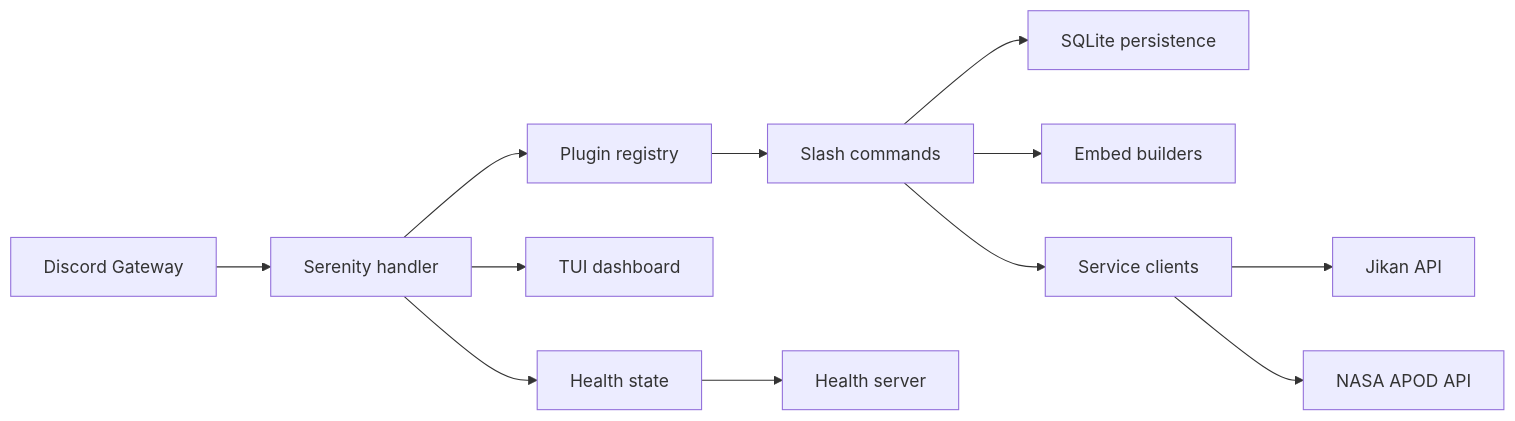
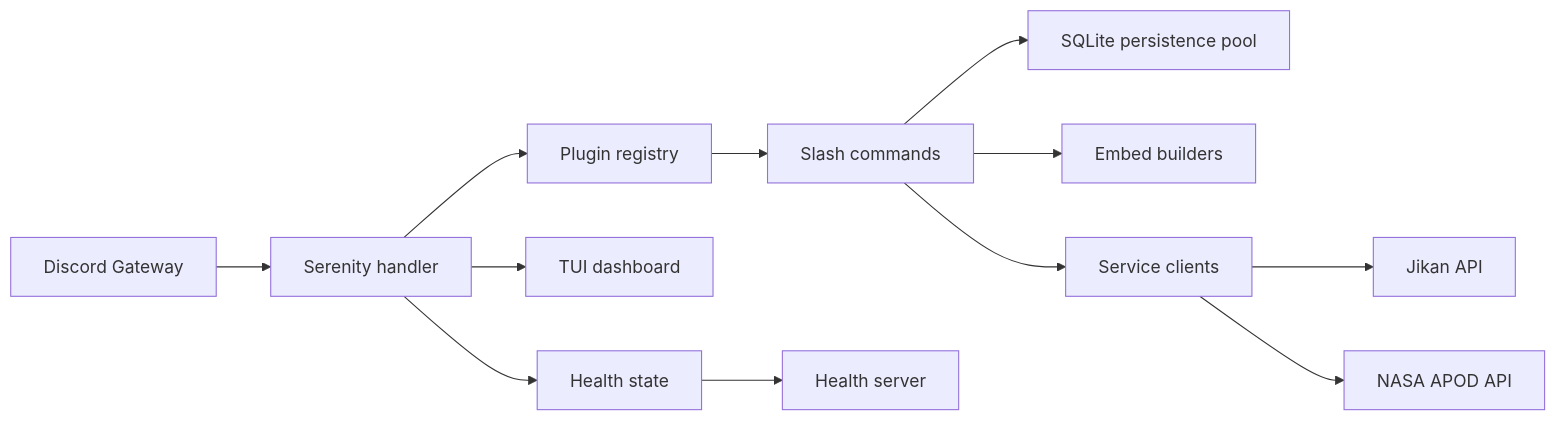
One commit to nathan2slime/seris changed the diagram in docs/architecture.md. Above: the diagram before and after it, drawn with Mermaid. The commit also changed other lines of this file and 7 other files, not shown here.

Commit message:
perf(db): add sqlite connection pool

````diff
--- a/docs/architecture.md
+++ b/docs/architecture.md
@@ -5,14 +5,14 @@
 ```mermaid
 flowchart LR
   Discord[Discord Gateway] --> Handler[Serenity handler]
   Handler --> Plugins[Plugin registry]
   Plugins --> Commands[Slash commands]
-  Commands --> Database[SQLite persistence]
+  Commands --> Database[SQLite persistence pool]
   Commands --> Embeds[Embed builders]
   Commands --> Services[Service clients]
   Services --> Jikan[Jikan API]
   Services --> NASA[NASA APOD API]
   Handler --> Dashboard[TUI dashboard]
   Handler --> Health[Health state]
   Health --> HealthHTTP[Health server]
 ```
````
